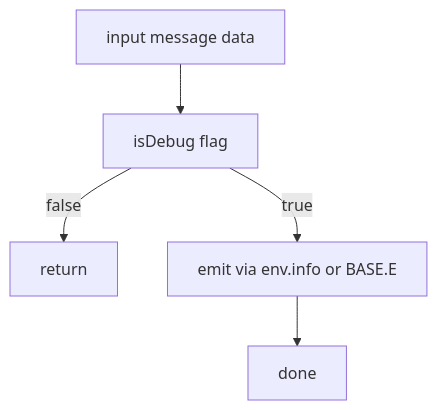
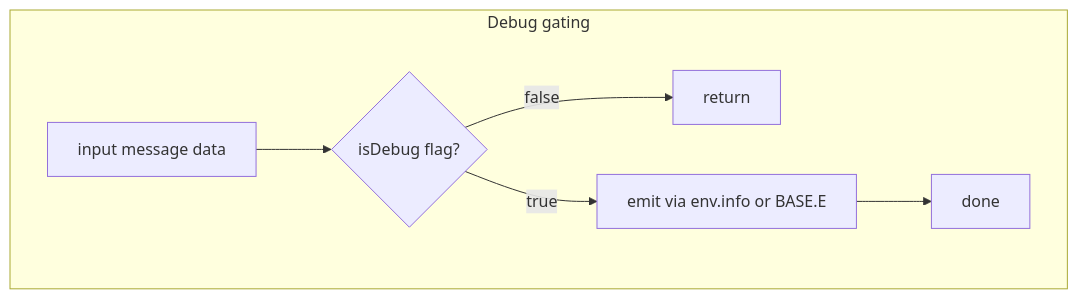
Before and after one commit to Gh0st352/AETHR: the first of 3 diagrams in docs/utils/debug_and_logging.md, drawn with Mermaid. The commit also changed other lines of this file and 7 other files, not shown here.

First line of the commit message:
docs(utils, mermaid): normalize diagrams, restructure subgraphs and standardize classes

````diff
--- a/docs/utils/debug_and_logging.md
+++ b/docs/utils/debug_and_logging.md
@@ -14,7 +14,15 @@
 ```mermaid
+%% shared theme: docs/_mermaid/theme.json %%
 flowchart TD
-  INP[input message data] --> GATE[isDebug flag]
-  GATE -->|false| RETURN[return]
-  GATE -->|true| EMIT[emit via env.info or BASE.E]
+subgraph "Debug gating"
+  INP[input message data] --> GATE{isDebug flag?}
+  GATE -- "false" --> RETURN[return]
+  GATE -- "true" --> EMIT[emit via env.info or BASE.E]
   EMIT --> DONE[done]
+end
+
+class INP class_io;
+class GATE class_decision;
+class EMIT class_compute;
+class RETURN,DONE class_result;
 ```
````
